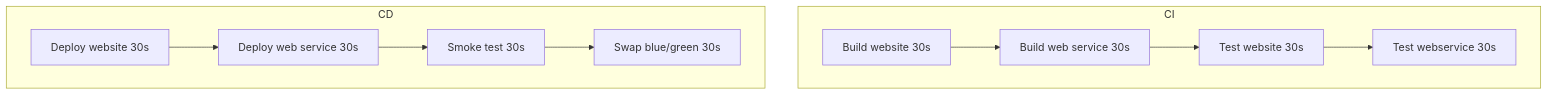
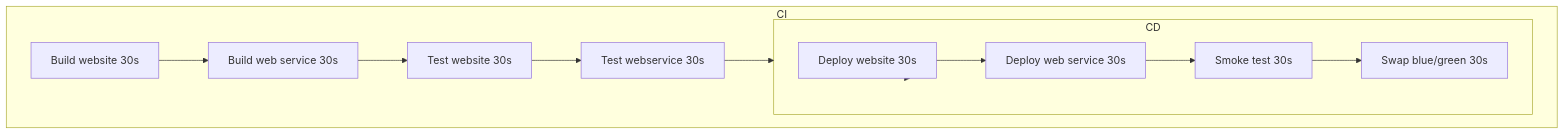
The first of 2 diagrams in README.md (samsmithnz/ParallelPipelinesDemo), drawn with Mermaid before and after one commit.

````diff
--- a/README.md
+++ b/README.md
@@ -5,9 +5,9 @@
 ```mermaid
   graph TD;
       subgraph CI
-        buildweb[Build website 30s]-->buildwebservice[Build web service 30s]-->testWebsite[Test website 30s]-->testsWebservice[Test webservice 30s];
+        buildweb[Build website 30s]-->buildwebservice[Build web service 30s]-->testWebsite[Test website 30s]-->testsWebservice[Test webservice 30s]-->CD;
       end
       subgraph CD
-        deployWebsite[Deploy website 30s]-->deployWebService[Deploy web service 30s]-->smoke[Smoke test 30s]-->swap[Swap blue/green 30s];
+        CD-->deployWebsite[Deploy website 30s]-->deployWebService[Deploy web service 30s]-->smoke[Smoke test 30s]-->swap[Swap blue/green 30s];
       end
 ```
````
